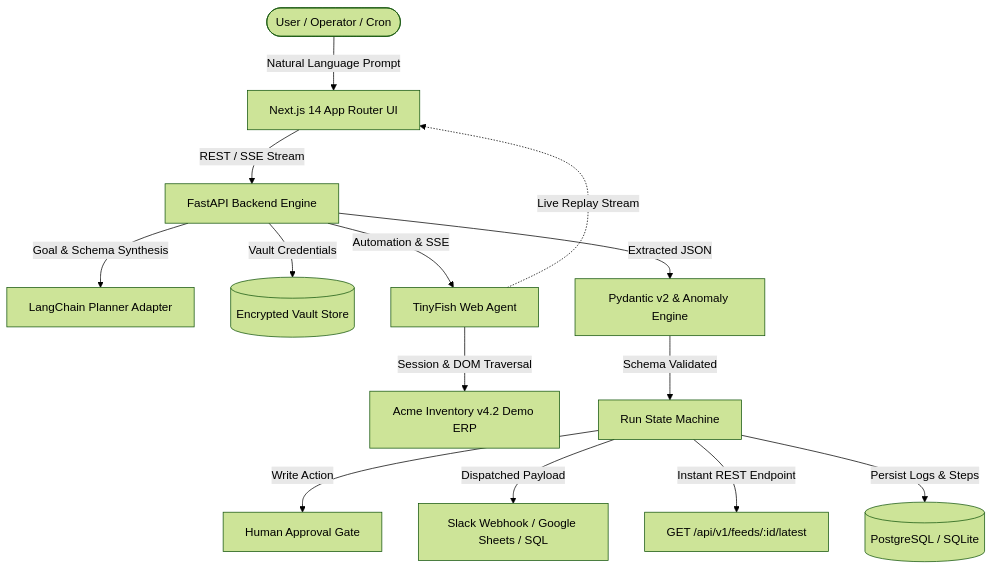
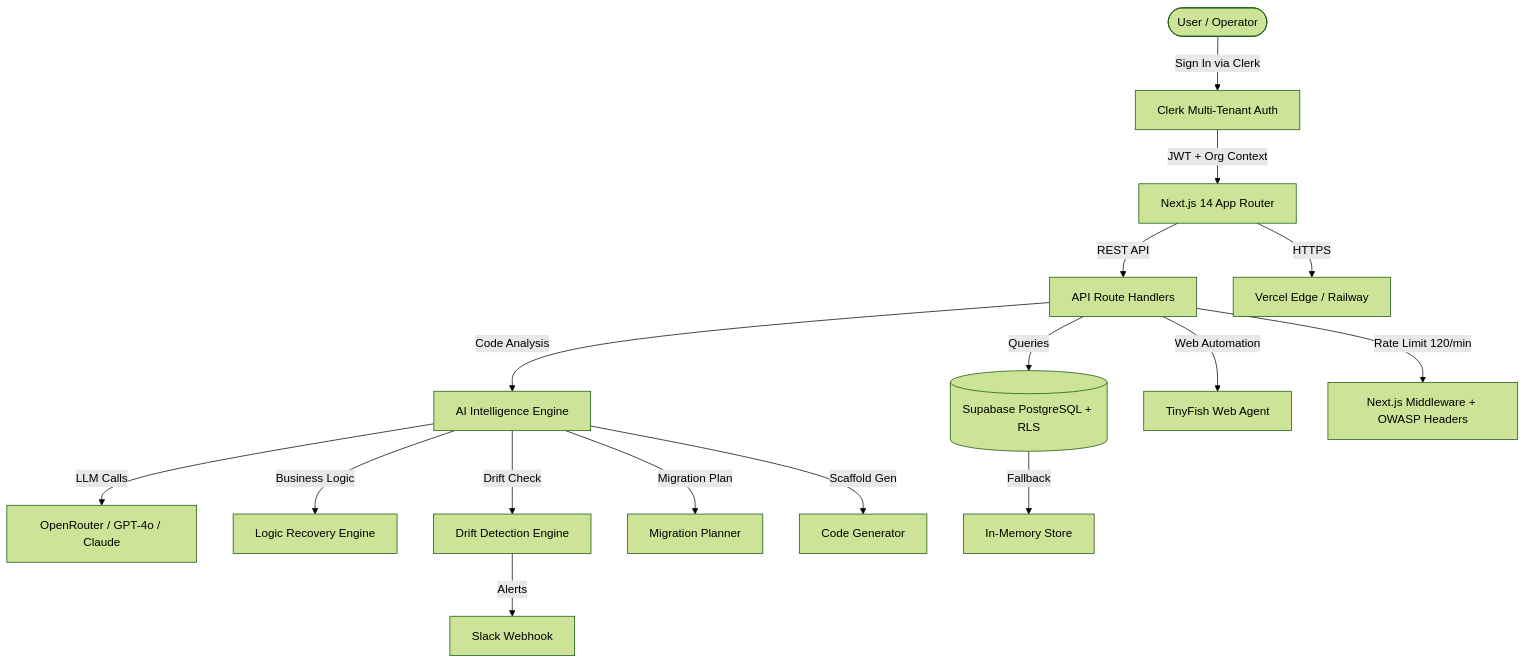
One commit to kainturasourav0-star/legacybridge changed the diagram in README.md. Above: the diagram before and after it, drawn with Mermaid (forest theme). The commit also changed other lines of this file and 168 other files, not shown here.

Commit message:
docs: overhaul README with full feature suite, architecture, security and deployment docs

````diff
--- a/README.md
+++ b/README.md
@@ -18,16 +73,22 @@
 ```mermaid
 flowchart TD
-    User([User / Operator / Cron]) -->|Natural Language Prompt| UI[Next.js 14 App Router UI]
-    UI -->|REST / SSE Stream| FastAPI[FastAPI Backend Engine]
-    FastAPI -->|Goal & Schema Synthesis| Planner[LangChain Planner Adapter]
-    FastAPI -->|Vault Credentials| Vault[(Encrypted Vault Store)]
-    FastAPI -->|Automation & SSE| TinyFish[TinyFish Web Agent]
-    TinyFish -->|Session & DOM Traversal| LegacyPortal[Acme Inventory v4.2 Demo ERP]
-    TinyFish -.->|Live Replay Stream| UI
-    FastAPI -->|Extracted JSON| Validator[Pydantic v2 & Anomaly Engine]
-    Validator -->|Schema Validated| StateMachine[Run State Machine]
-    StateMachine -->|Write Action| ApprovalQueue[Human Approval Gate]
-    StateMachine -->|Dispatched Payload| Sinks[Slack Webhook / Google Sheets / SQL]
-    StateMachine -->|Instant REST Endpoint| FeedAPI[GET /api/v1/feeds/:id/latest]
-    StateMachine -->|Persist Logs & Steps| Database[(PostgreSQL / SQLite)]
+    User([User / Operator]) -->|Sign In via Clerk| Auth[Clerk Multi-Tenant Auth]
+    Auth -->|JWT + Org Context| UI[Next.js 14 App Router]
+
+    UI -->|REST API| Routes[API Route Handlers]
+    Routes -->|Code Analysis| Intelligence[AI Intelligence Engine]
+    Routes -->|Queries| DB[(Supabase PostgreSQL + RLS)]
+    Routes -->|Web Automation| TF[TinyFish Web Agent]
+
+    Intelligence -->|LLM Calls| OpenRouter[OpenRouter / GPT-4o / Claude]
+    Intelligence -->|Business Logic| LogicEngine[Logic Recovery Engine]
+    Intelligence -->|Drift Check| DriftEngine[Drift Detection Engine]
+    Intelligence -->|Migration Plan| MigEngine[Migration Planner]
+    Intelligence -->|Scaffold Gen| ScaffoldGen[Code Generator]
+
+    DriftEngine -->|Alerts| Slack[Slack Webhook]
+    DB -->|Fallback| InMem[In-Memory Store]
+
+    UI -->|HTTPS| CDN[Vercel Edge / Railway]
+    Routes -->|Rate Limit 120/min| Middleware[Next.js Middleware + OWASP Headers]
 ```
````
